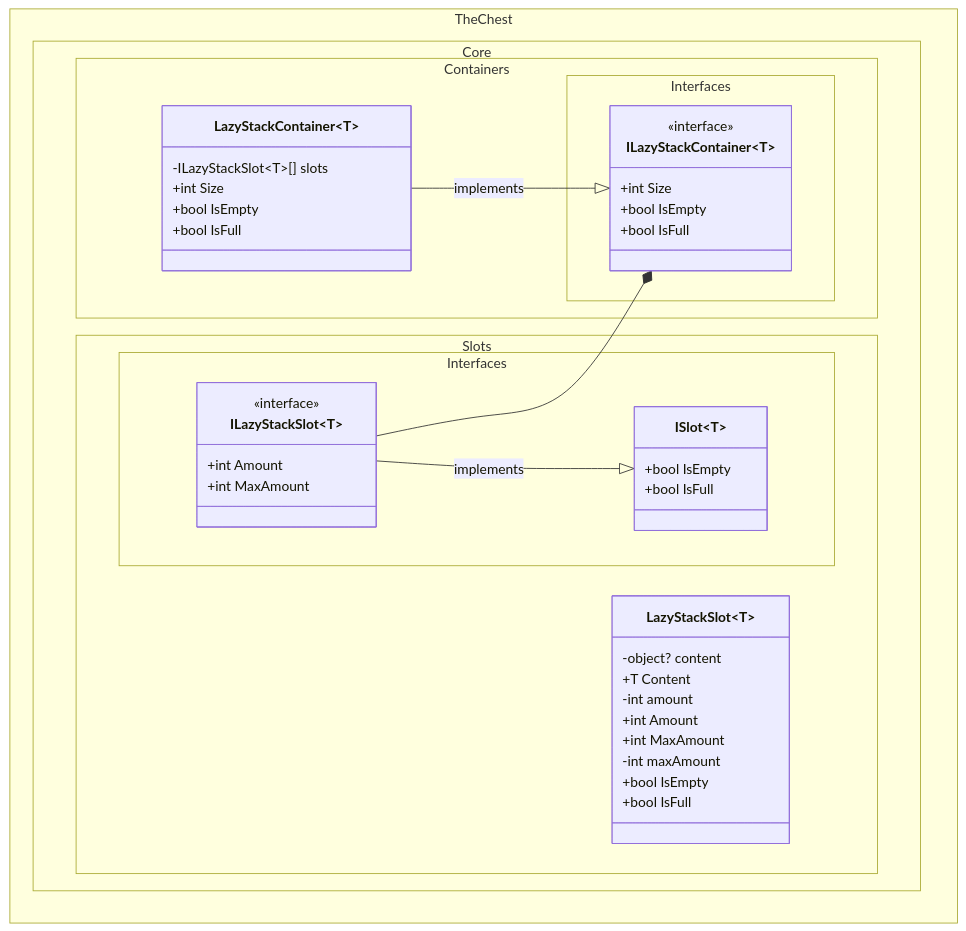
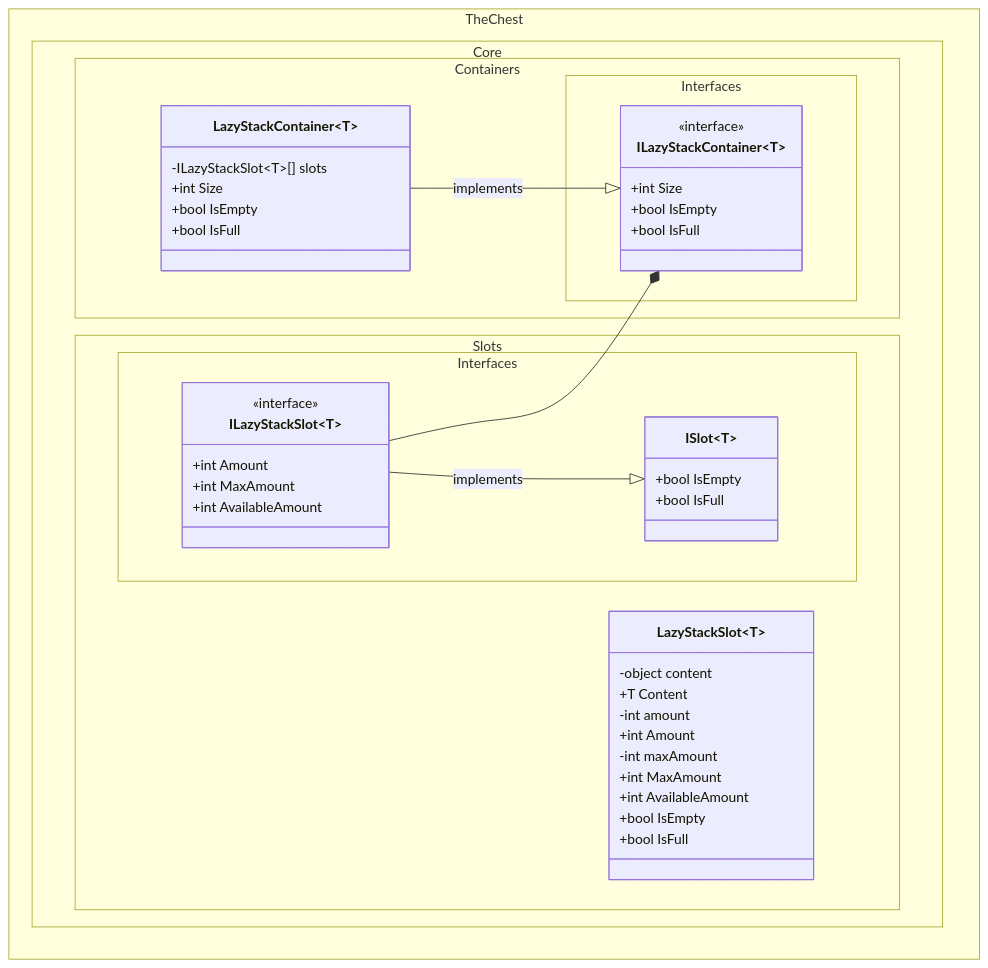
The third of 3 diagrams in docs/class_diagram.md (The-Chest/TheChest.Core), drawn with Mermaid before and after one commit. The commit also changed other lines of this file and 7 other files, not shown here.

First line of the commit message:
Adds AvailableAmount to LazyStackSlot and StackSlot

````diff
--- a/docs/class_diagram.md
+++ b/docs/class_diagram.md
@@ -135,56 +137,58 @@
 ```mermaid
 ---
 config:
   theme: mc
   look: classic
   class:
     hideEmptyMembersBox: true
 ---
 classDiagram
 direction BT
 	namespace TheChest.Core.Containers.Interfaces {
 		class ILazyStackContainer~T~ {
 	        +int Size
 	        +bool IsEmpty
 	        +bool IsFull
         }
 	}
 	namespace TheChest.Core.Slots.Interfaces {
         class ISlot~T~ {
 	        +bool IsEmpty
 	        +bool IsFull
         }
         class ILazyStackSlot~T~ {
 			+int Amount
             +int MaxAmount
+            +int AvailableAmount
         }
 	}
 	namespace TheChest.Core.Containers {
 		class LazyStackContainer~T~ {
 			-ILazyStackSlot~T~[] slots
 			+int Size
 			+bool IsEmpty
 			+bool IsFull
         }
 	}
 
 	namespace TheChest.Core.Slots {
 		class LazyStackSlot~T~{
-			-object? content
+			-object content
 			+T Content
 			-int amount            
 			+int Amount
+			-int maxAmount
 			+int MaxAmount
-			-int maxAmount
+            +int AvailableAmount
 			+bool IsEmpty
 			+bool IsFull
 		}
 	}
 
 	<<interface>> ILazyStackContainer
     <<interface>> ILazyStackSlot
 
     LazyStackContainer --|> ILazyStackContainer : implements
     ILazyStackSlot --|> ISlot : implements
     ILazyStackSlot --* ILazyStackContainer
 ```
````
